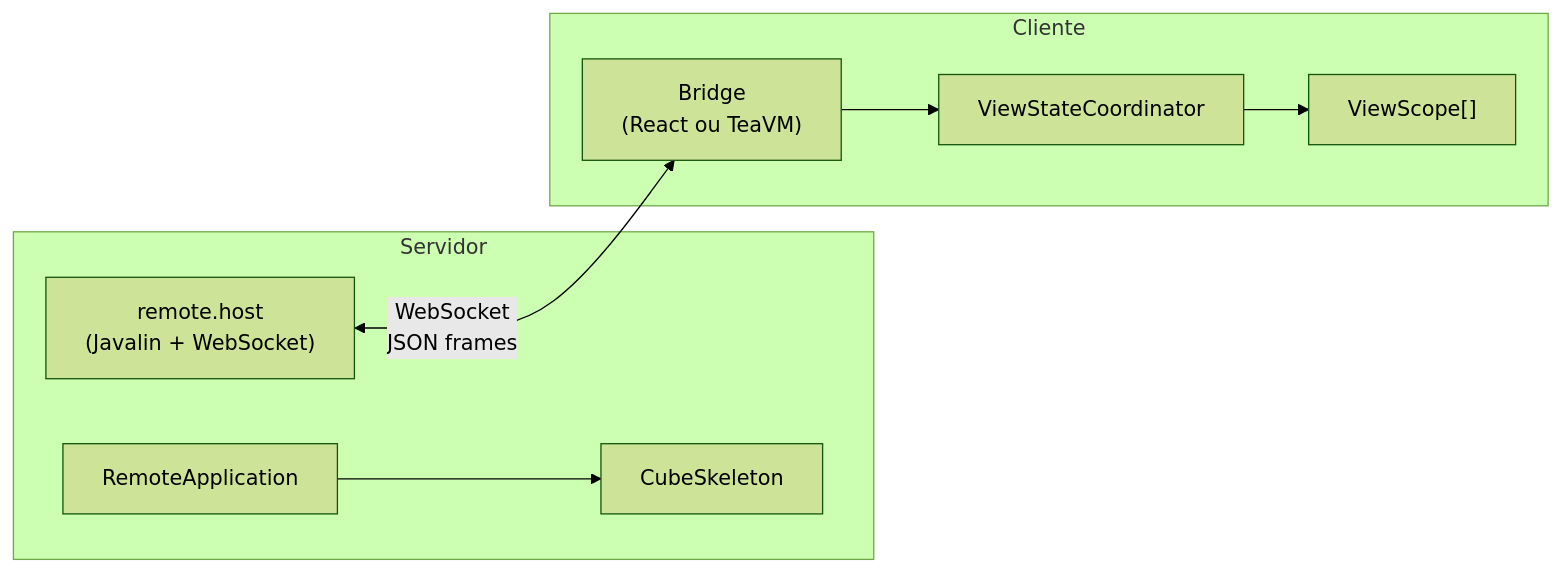
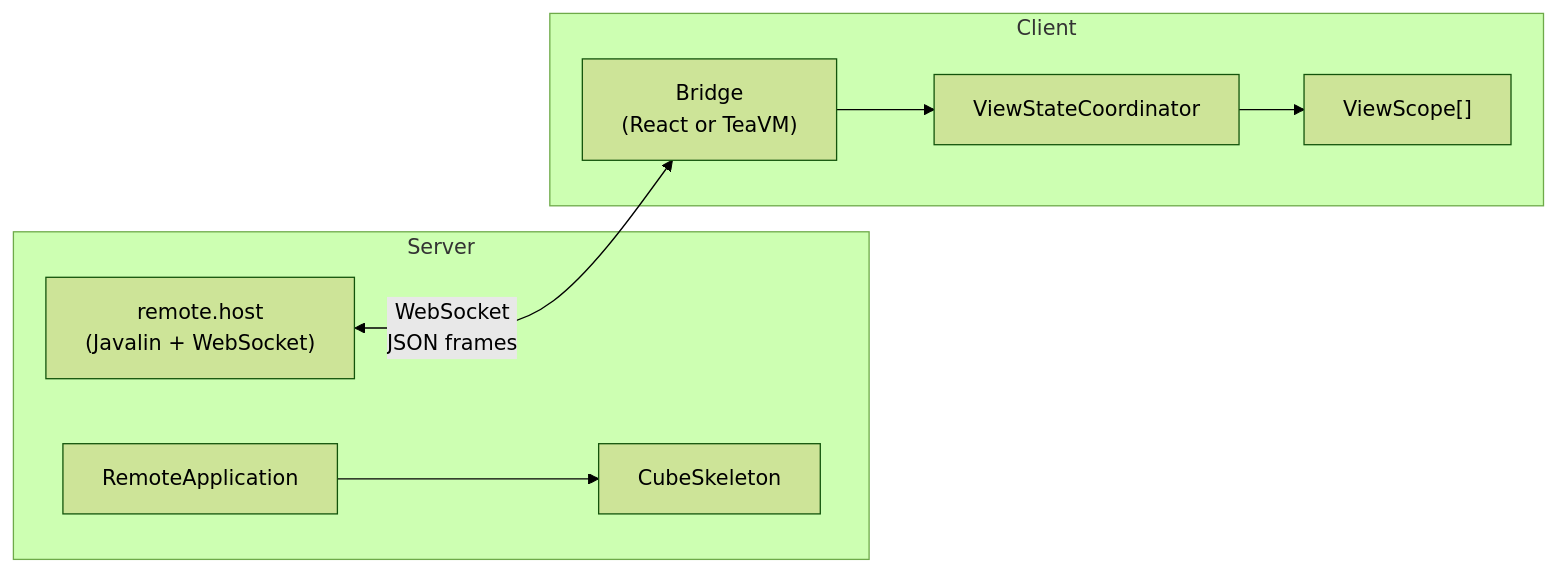
One commit to mrcdom/wdc-cube-java-v2 changed the diagram in fontes/br.com.wdc.framework/br.com.wdc.framework.cube.remote/README.md. Above: the diagram before and after it, drawn with Mermaid (forest theme). The commit also changed other lines of this file and 69 other files, not shown here.

````diff
--- a/fontes/br.com.wdc.framework/br.com.wdc.framework.cube.remote/README.md
+++ b/fontes/br.com.wdc.framework/br.com.wdc.framework.cube.remote/README.md
@@ -9,19 +9,19 @@
 ```mermaid
 graph LR
-    subgraph Servidor
+    subgraph Server
         Host["remote.host<br/>(Javalin + WebSocket)"]
         App["RemoteApplication"]
         Skel["CubeSkeleton"]
     end
 
-    subgraph Cliente
-        Bridge["Bridge<br/>(React ou TeaVM)"]
+    subgraph Client
+        Bridge["Bridge<br/>(React or TeaVM)"]
         Coord["ViewStateCoordinator"]
         VS["ViewScope[]"]
     end
 
     Host <-->|"WebSocket<br/>JSON frames"| Bridge
     App --> Skel
     Bridge --> Coord
     Coord --> VS
 ```
````
